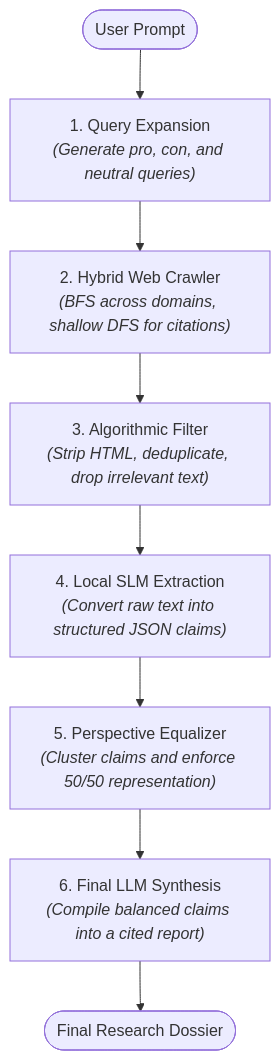
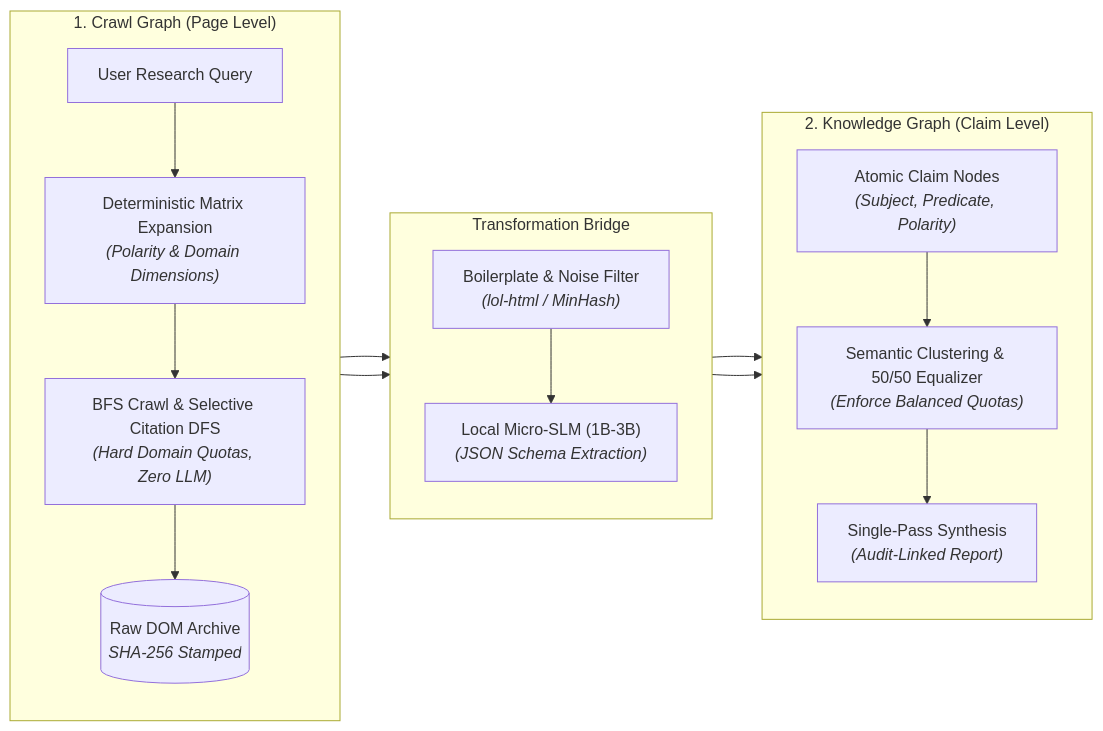
Before and after one commit to icedid/DumbDeepResearch: the first of 2 diagrams in Docs/EngineArchitecture.md, drawn with Mermaid. The commit also changed other lines of this file, not shown here.

Commit message:
Revise Engine Architecture documentation to include detailed node representation trade-off analysis and dual-graph approach

````diff
--- a/Docs/EngineArchitecture.md
+++ b/Docs/EngineArchitecture.md
@@ -5,16 +86,24 @@
 ```mermaid
-flowchart TD
-    Input(["User Prompt"]) --> Expand["1. Query Expansion<br><i>(Generate pro, con, and neutral queries)</i>"]
-    
-    Expand --> Crawl["2. Hybrid Web Crawler<br><i>(BFS across domains, shallow DFS for citations)</i>"]
-    
-    Crawl --> Filter["3. Algorithmic Filter<br><i>(Strip HTML, deduplicate, drop irrelevant text)</i>"]
-    
-    Filter --> Extract["4. Local SLM Extraction<br><i>(Convert raw text into structured JSON claims)</i>"]
-    
-    Extract --> Balance["5. Perspective Equalizer<br><i>(Cluster claims and enforce 50/50 representation)</i>"]
-    
-    Balance --> Synth["6. Final LLM Synthesis<br><i>(Compile balanced claims into a cited report)</i>"]
-    
-    Synth --> Output(["Final Research Dossier"])
+flowchart LR
+    subgraph G1 ["1. Crawl Graph (Page Level)"]
+        direction TB
+        Q["User Research Query"] --> EXP["Deterministic Matrix Expansion<br/><i>(Polarity & Domain Dimensions)</i>"]
+        EXP --> CRAWL["BFS Crawl & Selective Citation DFS<br/><i>(Hard Domain Quotas, Zero LLM)</i>"]
+        CRAWL --> DOM_AUDIT[("Raw DOM Archive<br/><i>SHA-256 Stamped</i>")]
+    end
+
+    subgraph Bridge ["Transformation Bridge"]
+        direction TB
+        DOM_AUDIT --> CLEAN["Boilerplate & Noise Filter<br/><i>(lol-html / MinHash)</i>"]
+        CLEAN --> EXTRACT["Local Micro-SLM (1B-3B)<br/><i>(JSON Schema Extraction)</i>"]
+    end
+
+    subgraph G2 ["2. Knowledge Graph (Claim Level)"]
+        direction TB
+        EXTRACT --> CLAIMS["Atomic Claim Nodes<br/><i>(Subject, Predicate, Polarity)</i>"]
+        CLAIMS --> CLUSTER["Semantic Clustering & 50/50 Equalizer<br/><i>(Enforce Balanced Quotas)</i>"]
+        CLUSTER --> SYNTH["Single-Pass Synthesis<br/><i>(Audit-Linked Report)</i>"]
+    end
+
+    G1 --> Bridge --> G2
 ```
````
